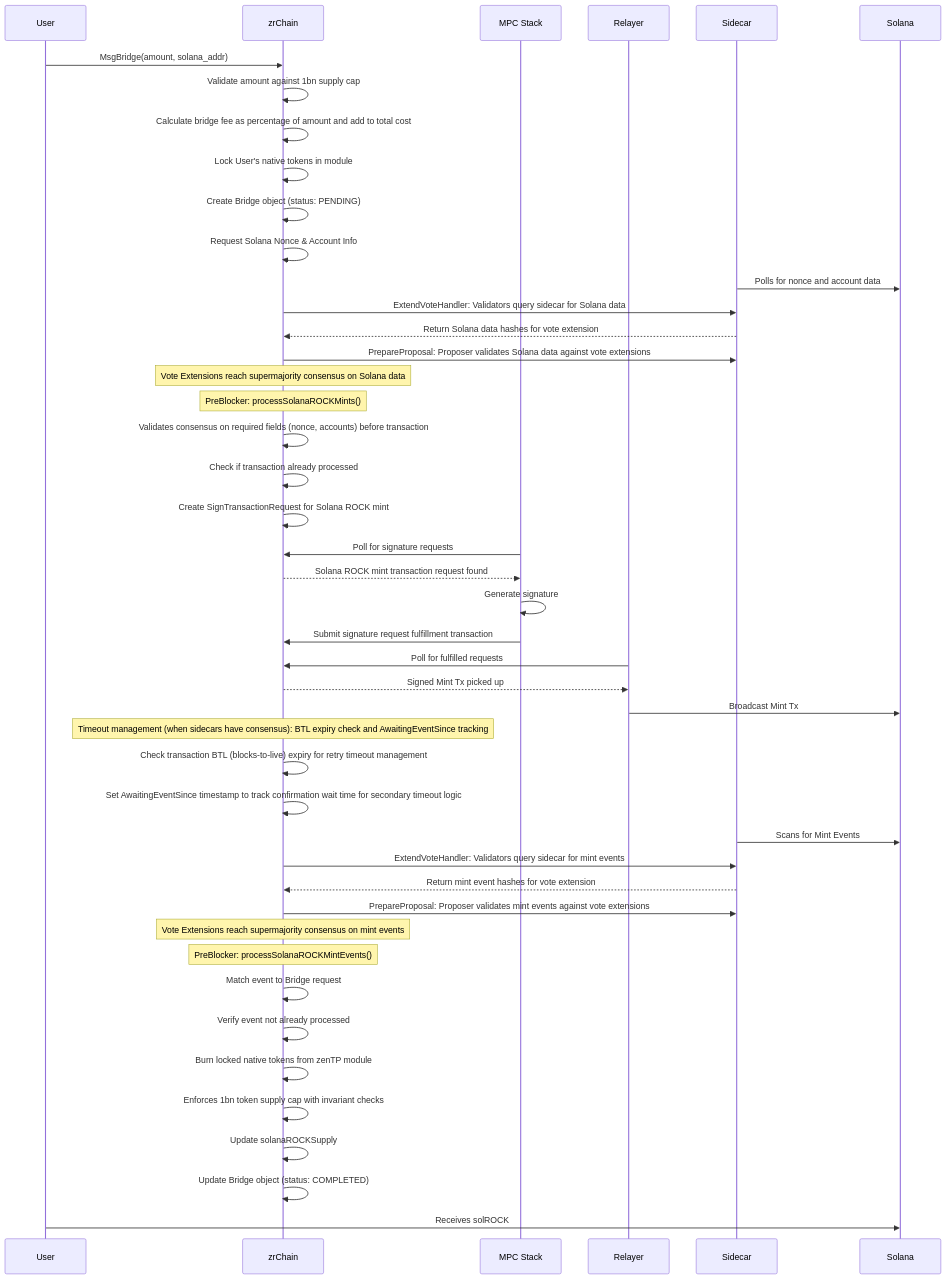
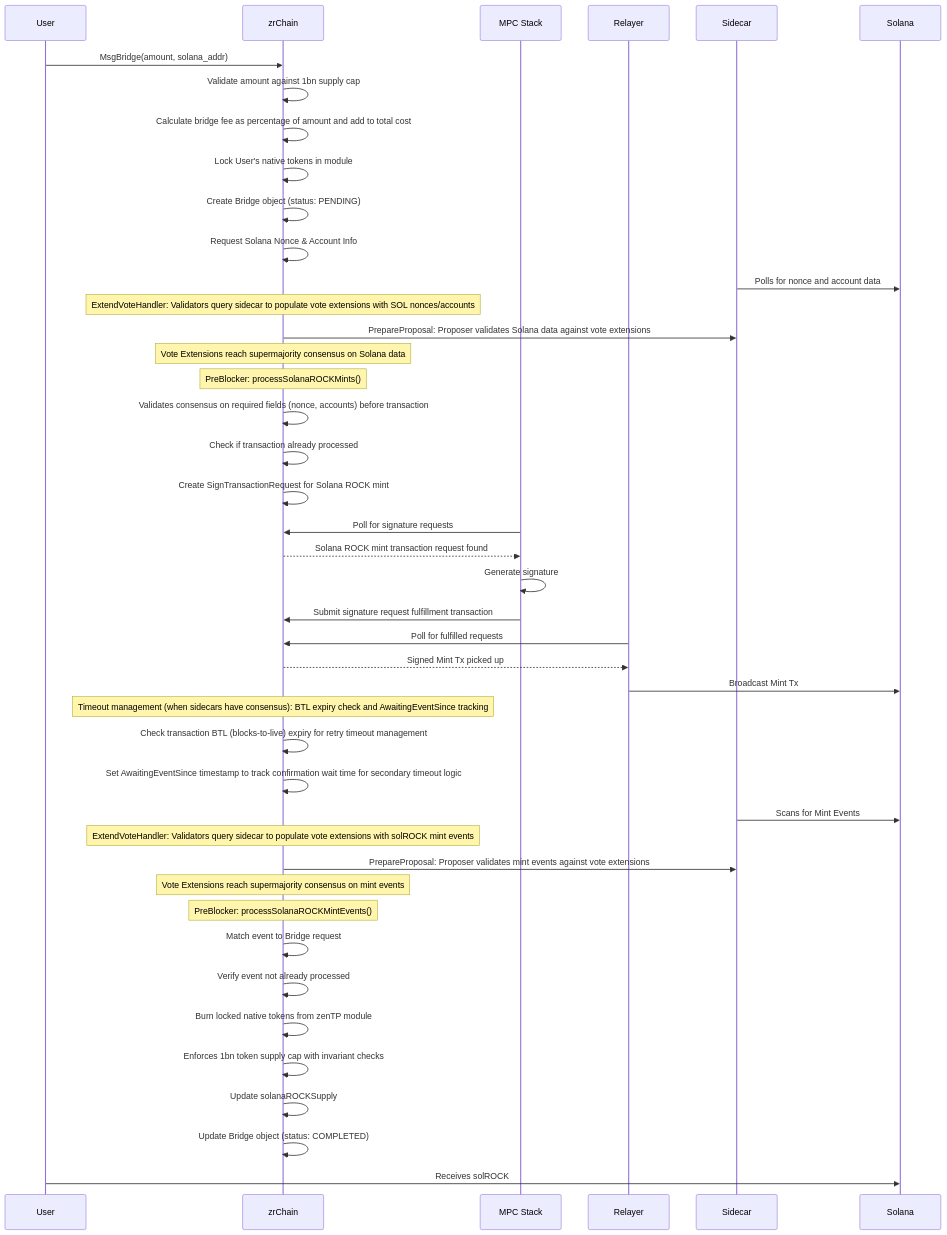
The third of 4 diagrams in docs/README.md (zenrocklabs/zrchain), drawn with Mermaid before and after one commit. The commit also changed other lines of this file, not shown here.

````diff
--- a/docs/README.md
+++ b/docs/README.md
@@ -308,50 +288,48 @@
 ```mermaid
 sequenceDiagram
     participant User
     participant zrChain
     participant MPC Stack
     participant Relayer
     participant Sidecar
     participant Solana
 
     User->>zrChain: MsgBridge(amount, solana_addr)
     zrChain->>zrChain: Validate amount against 1bn supply cap
     zrChain->>zrChain: Calculate bridge fee as percentage of amount and add to total cost
     zrChain->>zrChain: Lock User's native tokens in module
     zrChain->>zrChain: Create Bridge object (status: PENDING)
     zrChain->>zrChain: Request Solana Nonce & Account Info
 
     Sidecar->>Solana: Polls for nonce and account data
-    zrChain->>Sidecar: ExtendVoteHandler: Validators query sidecar for Solana data
-    Sidecar-->>zrChain: Return Solana data hashes for vote extension
+    Note over zrChain: ExtendVoteHandler: Validators query sidecar to populate vote extensions with SOL nonces/accounts
     zrChain->>Sidecar: PrepareProposal: Proposer validates Solana data against vote extensions
     Note over zrChain: Vote Extensions reach supermajority consensus on Solana data
     Note over zrChain: PreBlocker: processSolanaROCKMints()
     zrChain->>zrChain: Validates consensus on required fields (nonce, accounts) before transaction
     zrChain->>zrChain: Check if transaction already processed
     zrChain->>zrChain: Create SignTransactionRequest for Solana ROCK mint
     MPC Stack->>zrChain: Poll for signature requests
     zrChain-->>MPC Stack: Solana ROCK mint transaction request found
     MPC Stack->>MPC Stack: Generate signature
     MPC Stack->>zrChain: Submit signature request fulfillment transaction
     Relayer->>zrChain: Poll for fulfilled requests
     zrChain-->>Relayer: Signed Mint Tx picked up
     Relayer->>Solana: Broadcast Mint Tx
     Note over zrChain: Timeout management (when sidecars have consensus): BTL expiry check and AwaitingEventSince tracking
     zrChain->>zrChain: Check transaction BTL (blocks-to-live) expiry for retry timeout management
     zrChain->>zrChain: Set AwaitingEventSince timestamp to track confirmation wait time for secondary timeout logic
 
     Sidecar->>Solana: Scans for Mint Events
-    zrChain->>Sidecar: ExtendVoteHandler: Validators query sidecar for mint events
-    Sidecar-->>zrChain: Return mint event hashes for vote extension
+    Note over zrChain: ExtendVoteHandler: Validators query sidecar to populate vote extensions with solROCK mint events
     zrChain->>Sidecar: PrepareProposal: Proposer validates mint events against vote extensions
     Note over zrChain: Vote Extensions reach supermajority consensus on mint events
     Note over zrChain: PreBlocker: processSolanaROCKMintEvents()
     zrChain->>zrChain: Match event to Bridge request
     zrChain->>zrChain: Verify event not already processed
     zrChain->>zrChain: Burn locked native tokens from zenTP module
     zrChain->>zrChain: Enforces 1bn token supply cap with invariant checks
     zrChain->>zrChain: Update solanaROCKSupply
     zrChain->>zrChain: Update Bridge object (status: COMPLETED)
     User->>Solana: Receives solROCK
 ```
````
